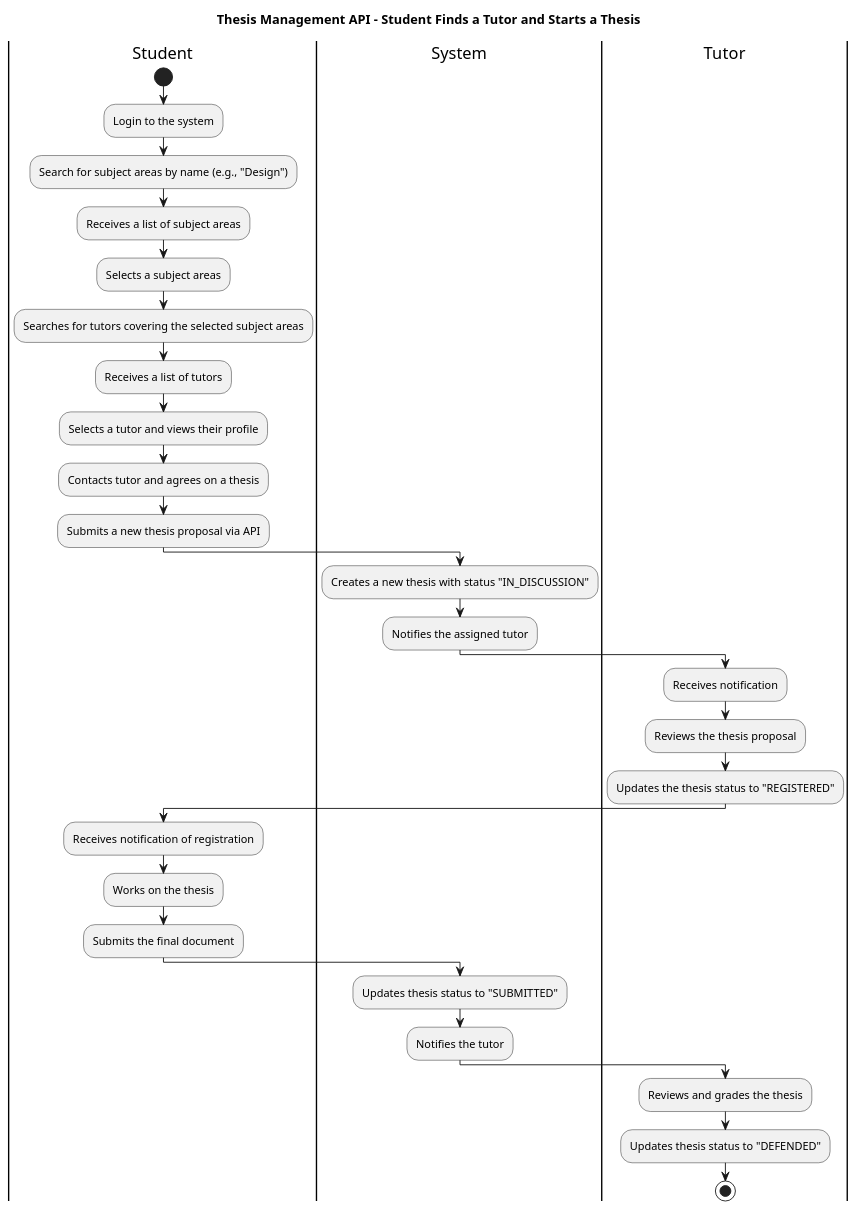
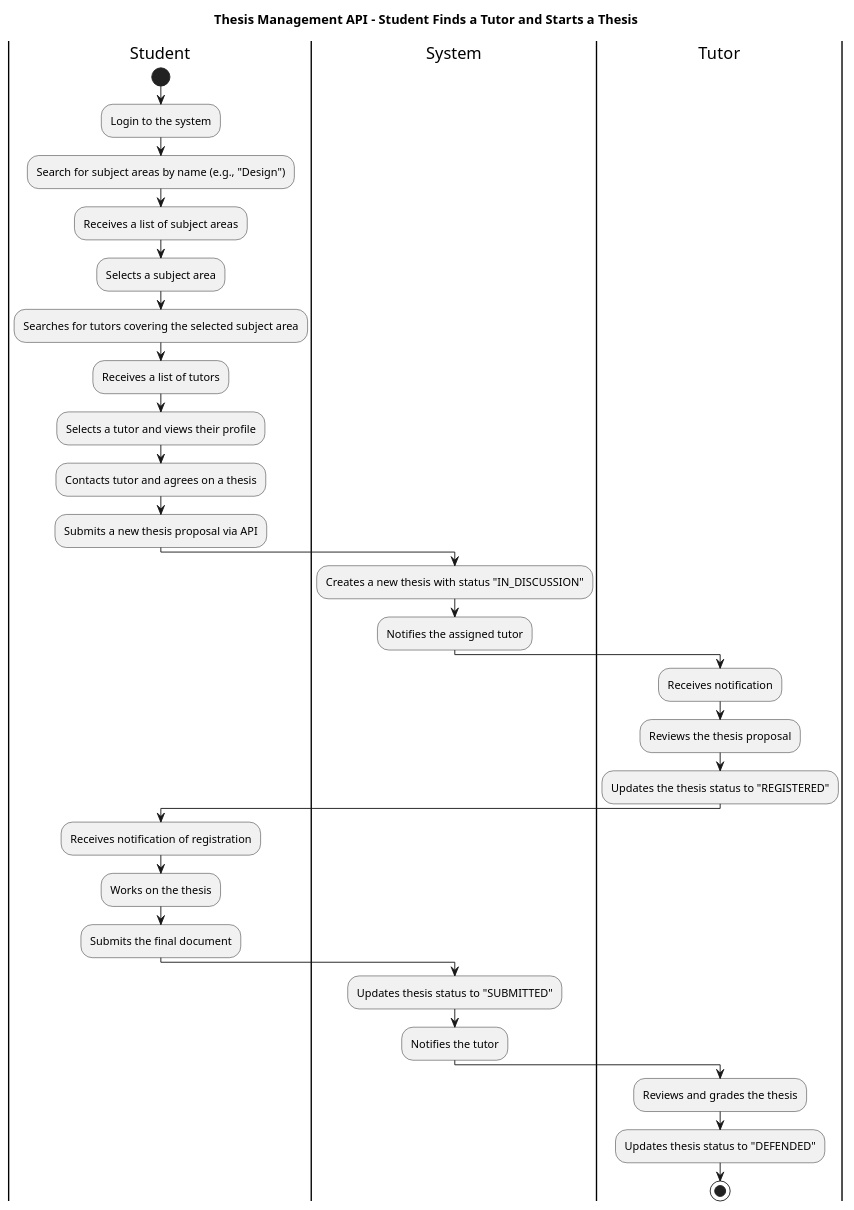
The diagram in help-api/ApiProject/ThesisManagementAPI-ActivityDiagram.puml (scherenhaenden/DLBCSEMSE02_D_Betreuer_app), drawn with PlantUML before and after one commit. The commit also changed 4 other files, not shown here.

First line of the commit message:
Update PUML diagrams to reflect Topic to SubjectArea renaming

```diff
--- a/help-api/ApiProject/ThesisManagementAPI-ActivityDiagram.puml
+++ b/help-api/ApiProject/ThesisManagementAPI-ActivityDiagram.puml
@@ -1,41 +1,41 @@
 @startuml ThesisManagementAPI-ActivityDiagram
 
 title Thesis Management API - Student Finds a Tutor and Starts a Thesis
 
 |Student|
 start
 :Login to the system;
 :Search for subject areas by name (e.g., "Design");
 :Receives a list of subject areas;
-:Selects a subject areas;
-:Searches for tutors covering the selected subject areas;
+:Selects a subject area;
+:Searches for tutors covering the selected subject area;
 :Receives a list of tutors;
 :Selects a tutor and views their profile;
 :Contacts tutor and agrees on a thesis;
 :Submits a new thesis proposal via API;
 
 |System|
 :Creates a new thesis with status "IN_DISCUSSION";
 :Notifies the assigned tutor;
 
 |Tutor|
 :Receives notification;
 :Reviews the thesis proposal;
 :Updates the thesis status to "REGISTERED";
 
 |Student|
 :Receives notification of registration;
 :Works on the thesis;
 :Submits the final document;
 
 |System|
 :Updates thesis status to "SUBMITTED";
 :Notifies the tutor;
 
 |Tutor|
 :Reviews and grades the thesis;
 :Updates thesis status to "DEFENDED";
 
 stop
 
 @enduml
```
